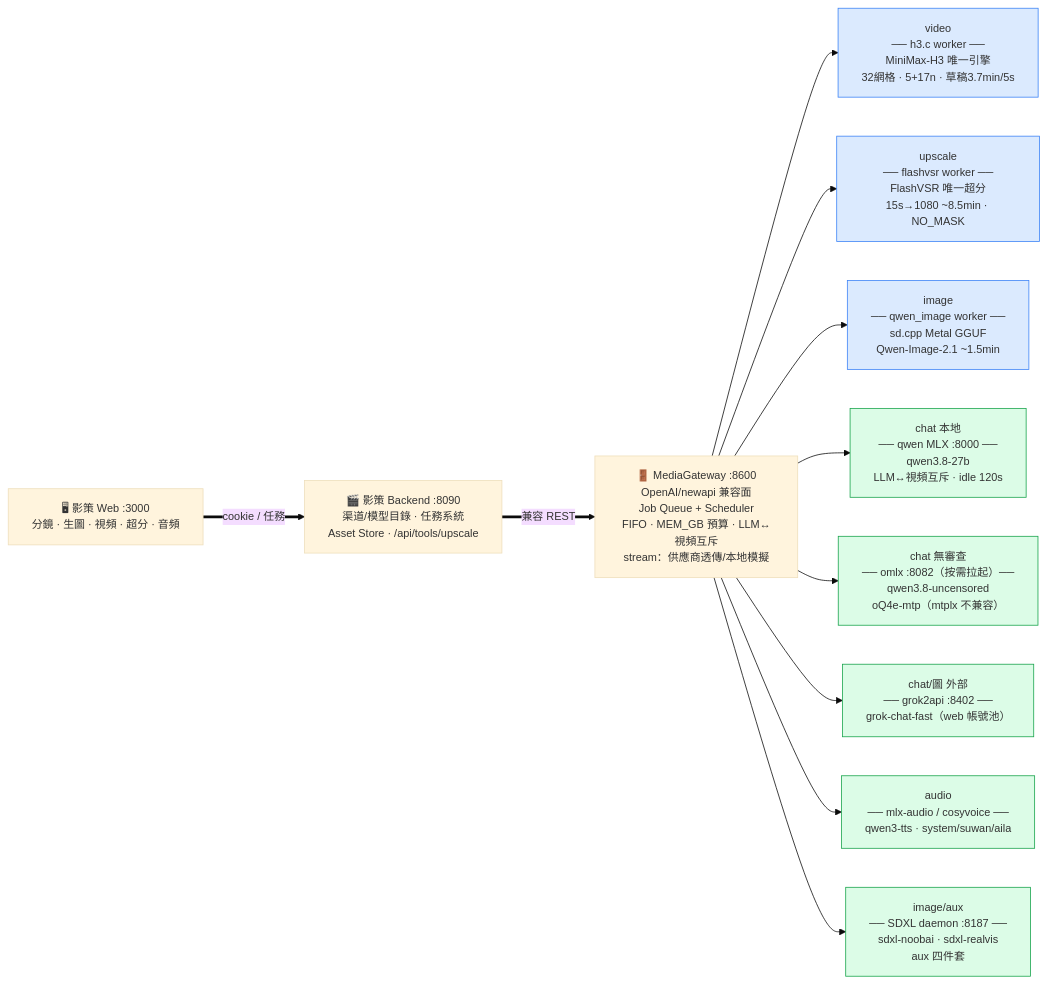
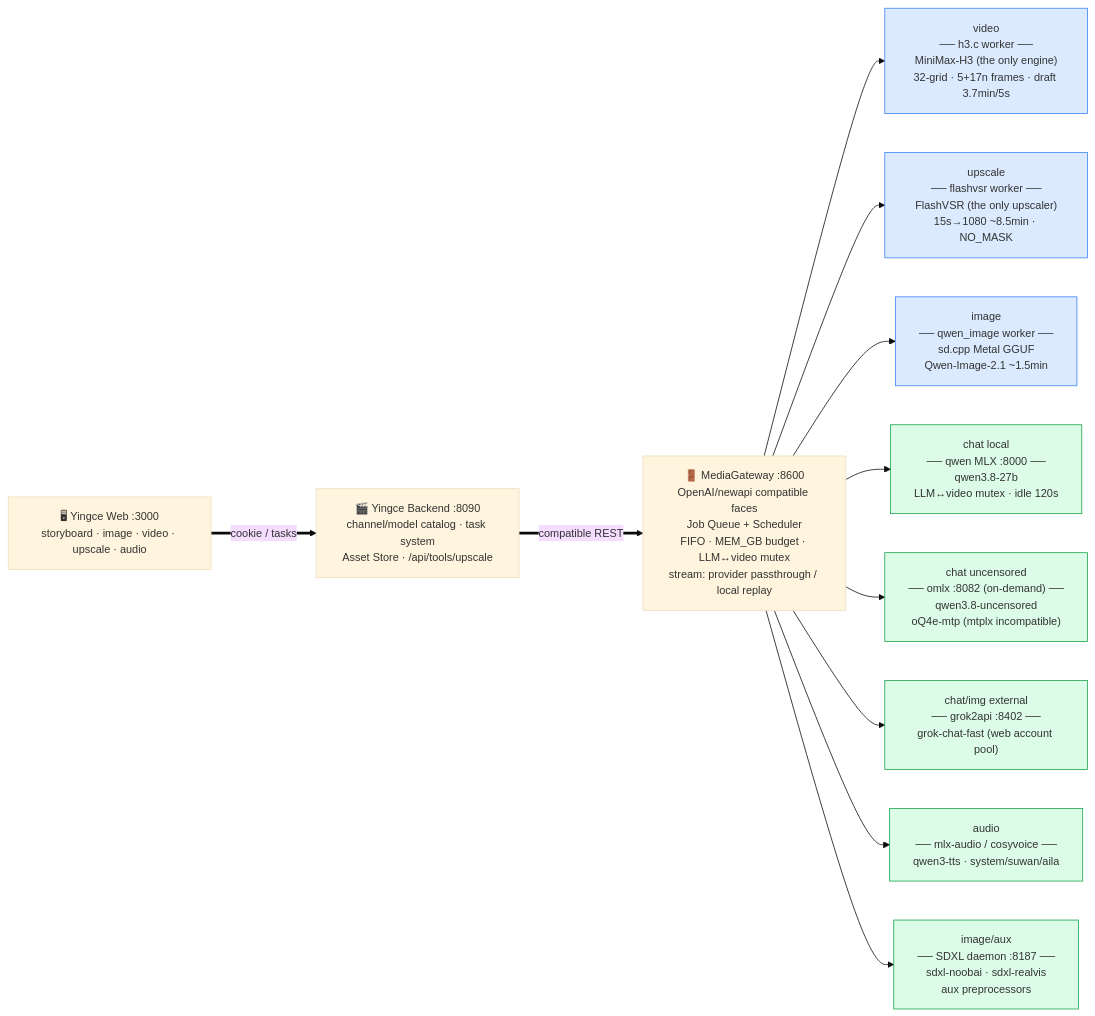
Before and after one commit to ouyexiaogongzhu/MediaGateway: the diagram in README.md, drawn with Mermaid. The commit also changed other lines of this file, not shown here.

````diff
--- a/README.md
+++ b/README.md
@@ -9,24 +9,24 @@
 ```mermaid
 %%{init:{"theme":"base","themeVariables":{"fontSize":"14px"}}}%%
 flowchart LR
-    UI["🖥 影策 Web :3000<br/>分鏡 · 生圖 · 視頻 · 超分 · 音頻"]
-    Y["🎬 影策 Backend :8090<br/>渠道/模型目錄 · 任務系統<br/>Asset Store · /api/tools/upscale"]
-    GW["🚪 MediaGateway :8600<br/>OpenAI/newapi 兼容面<br/>Job Queue + Scheduler<br/>FIFO · MEM_GB 預算 · LLM↔視頻互斥<br/>stream：供應商透傳/本地模擬"]
+    UI["🖥 Yingce Web :3000<br/>storyboard · image · video · upscale · audio"]
+    Y["🎬 Yingce Backend :8090<br/>channel/model catalog · task system<br/>Asset Store · /api/tools/upscale"]
+    GW["🚪 MediaGateway :8600<br/>OpenAI/newapi compatible faces<br/>Job Queue + Scheduler<br/>FIFO · MEM_GB budget · LLM↔video mutex<br/>stream: provider passthrough / local replay"]
 
-    V["video<br/>── h3.c worker ──<br/>MiniMax-H3 唯一引擎<br/>32網格 · 5+17n · 草稿3.7min/5s"]
-    U["upscale<br/>── flashvsr worker ──<br/>FlashVSR 唯一超分<br/>15s→1080 ~8.5min · NO_MASK"]
+    V["video<br/>── h3.c worker ──<br/>MiniMax-H3 (the only engine)<br/>32-grid · 5+17n frames · draft 3.7min/5s"]
+    U["upscale<br/>── flashvsr worker ──<br/>FlashVSR (the only upscaler)<br/>15s→1080 ~8.5min · NO_MASK"]
     I["image<br/>── qwen_image worker ──<br/>sd.cpp Metal GGUF<br/>Qwen-Image-2.1 ~1.5min"]
-    C["chat 本地<br/>── qwen MLX :8000 ──<br/>qwen3.8-27b<br/>LLM↔視頻互斥 · idle 120s"]
-    CU["chat 無審查<br/>── omlx :8082（按需拉起）──<br/>qwen3.8-uncensored<br/>oQ4e-mtp（mtplx 不兼容）"]
-    GK["chat/圖 外部<br/>── grok2api :8402 ──<br/>grok-chat-fast（web 帳號池）"]
+    C["chat local<br/>── qwen MLX :8000 ──<br/>qwen3.8-27b<br/>LLM↔video mutex · idle 120s"]
+    CU["chat uncensored<br/>── omlx :8082 (on-demand) ──<br/>qwen3.8-uncensored<br/>oQ4e-mtp (mtplx incompatible)"]
+    GK["chat/img external<br/>── grok2api :8402 ──<br/>grok-chat-fast (web account pool)"]
     A["audio<br/>── mlx-audio / cosyvoice ──<br/>qwen3-tts · system/suwan/aila"]
-    X["image/aux<br/>── SDXL daemon :8187 ──<br/>sdxl-noobai · sdxl-realvis<br/>aux 四件套"]
+    X["image/aux<br/>── SDXL daemon :8187 ──<br/>sdxl-noobai · sdxl-realvis<br/>aux preprocessors"]
 
     classDef once fill:#dbeafe,stroke:#3b82f6
     classDef daemon fill:#dcfce7,stroke:#16a34a
     class V,U,I once
     class C,CU,GK,A,X daemon
 
-    UI ==>|"cookie / 任務"| Y ==>|"兼容 REST"| GW
+    UI ==>|"cookie / tasks"| Y ==>|"compatible REST"| GW
     GW --> V & U & I & C & CU & GK & A & X
 ```
````
